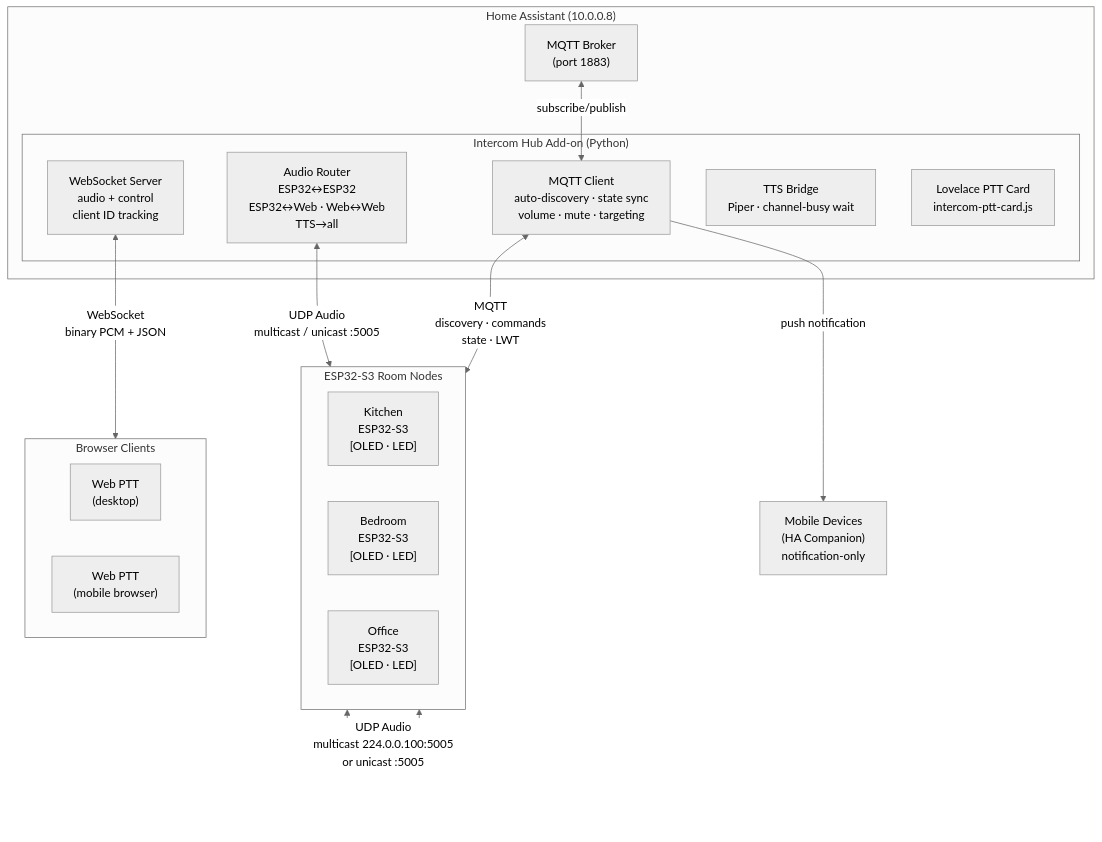
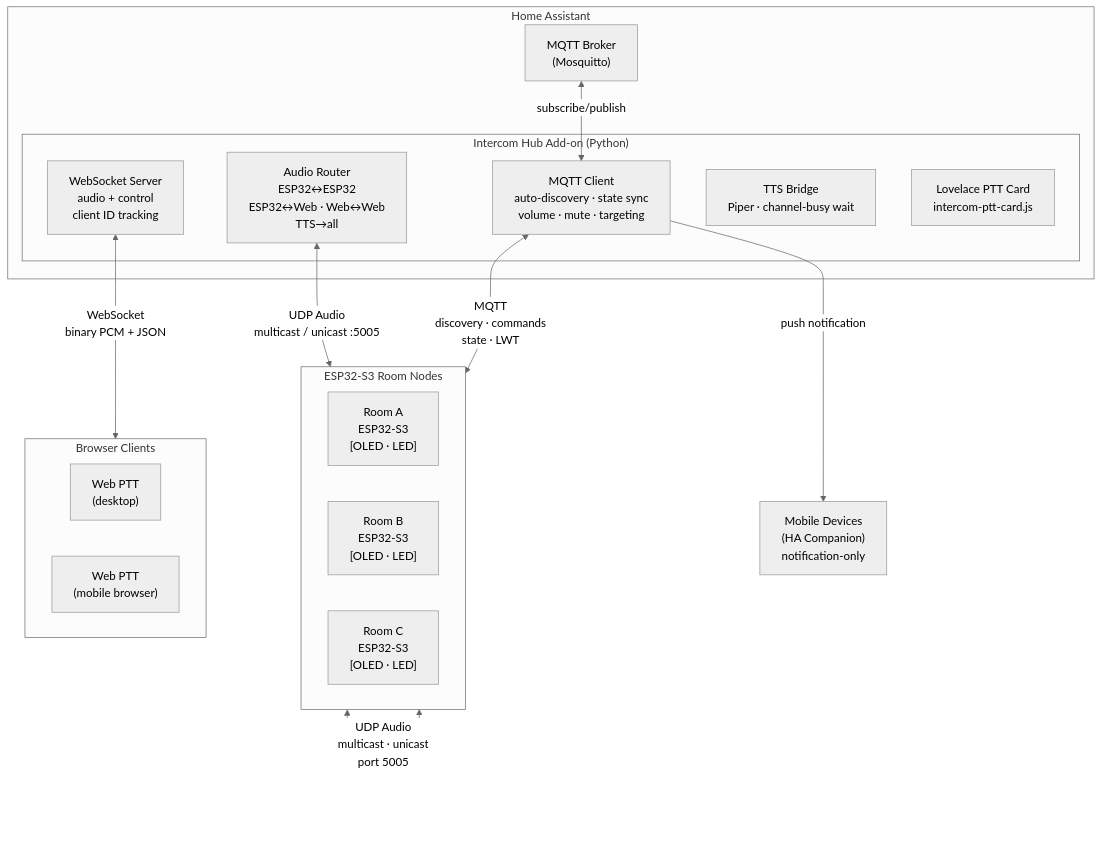
Before and after one commit to Bri-J-C/ha-intercom: the first of 3 diagrams in README.md, drawn with Mermaid (neutral theme). The commit also changed other lines of this file, not shown here.

Commit message:
Fix Mermaid diagrams: use <br/> for line breaks, remove internal IP, use placeholder room names

````diff
--- a/README.md
+++ b/README.md
@@ -31,34 +31,34 @@
 ```mermaid
 graph TB
-    subgraph HA["Home Assistant (10.0.0.8)"]
-        MQTT["MQTT Broker\n(port 1883)"]
+    subgraph HA["Home Assistant"]
+        MQTT["MQTT Broker<br/>(Mosquitto)"]
         subgraph HUB["Intercom Hub Add-on (Python)"]
-            HUB_MQTT["MQTT Client\nauto-discovery · state sync\nvolume · mute · targeting"]
-            HUB_WS["WebSocket Server\naudio + control\nclient ID tracking"]
-            HUB_ROUTE["Audio Router\nESP32↔ESP32\nESP32↔Web · Web↔Web\nTTS→all"]
-            HUB_TTS["TTS Bridge\nPiper · channel-busy wait"]
-            HUB_CARD["Lovelace PTT Card\nintercom-ptt-card.js"]
+            HUB_MQTT["MQTT Client<br/>auto-discovery · state sync<br/>volume · mute · targeting"]
+            HUB_WS["WebSocket Server<br/>audio + control<br/>client ID tracking"]
+            HUB_ROUTE["Audio Router<br/>ESP32↔ESP32<br/>ESP32↔Web · Web↔Web<br/>TTS→all"]
+            HUB_TTS["TTS Bridge<br/>Piper · channel-busy wait"]
+            HUB_CARD["Lovelace PTT Card<br/>intercom-ptt-card.js"]
         end
         MQTT <-->|"subscribe/publish"| HUB_MQTT
     end
 
     subgraph ESP_NODES["ESP32-S3 Room Nodes"]
-        ESP1["Kitchen\nESP32-S3\n[OLED · LED]"]
-        ESP2["Bedroom\nESP32-S3\n[OLED · LED]"]
-        ESP3["Office\nESP32-S3\n[OLED · LED]"]
+        ESP1["Room A<br/>ESP32-S3<br/>[OLED · LED]"]
+        ESP2["Room B<br/>ESP32-S3<br/>[OLED · LED]"]
+        ESP3["Room C<br/>ESP32-S3<br/>[OLED · LED]"]
     end
 
     subgraph WEB_CLIENTS["Browser Clients"]
-        WC1["Web PTT\n(desktop)"]
-        WC2["Web PTT\n(mobile browser)"]
+        WC1["Web PTT<br/>(desktop)"]
+        WC2["Web PTT<br/>(mobile browser)"]
     end
 
-    MOB["Mobile Devices\n(HA Companion)\nnotification-only"]
+    MOB["Mobile Devices<br/>(HA Companion)<br/>notification-only"]
 
-    HUB_MQTT <-->|"MQTT\ndiscovery · commands\nstate · LWT"| ESP_NODES
-    HUB_WS <-->|"WebSocket\nbinary PCM + JSON"| WEB_CLIENTS
+    HUB_MQTT <-->|"MQTT<br/>discovery · commands<br/>state · LWT"| ESP_NODES
+    HUB_WS <-->|"WebSocket<br/>binary PCM + JSON"| WEB_CLIENTS
     HUB_MQTT -->|"push notification"| MOB
 
-    ESP_NODES <-->|"UDP Audio\nmulticast 224.0.0.100:5005\nor unicast :5005"| ESP_NODES
-    HUB_ROUTE <-->|"UDP Audio\nmulticast / unicast :5005"| ESP_NODES
+    ESP_NODES <-->|"UDP Audio<br/>multicast · unicast<br/>port 5005"| ESP_NODES
+    HUB_ROUTE <-->|"UDP Audio<br/>multicast / unicast :5005"| ESP_NODES
 ```
````
